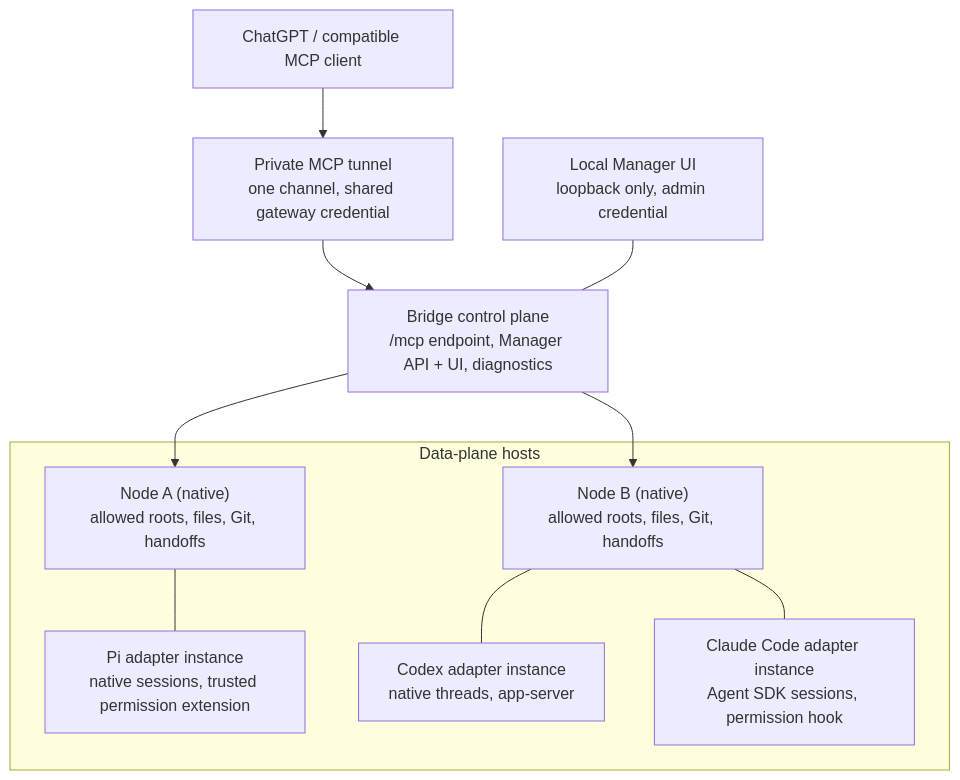
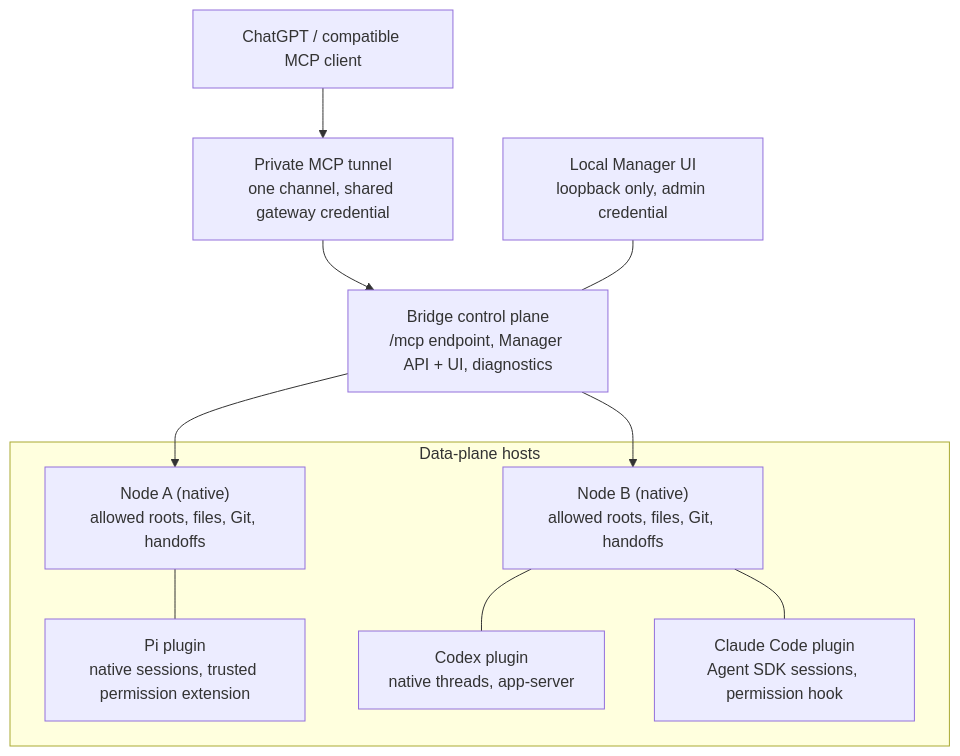
One commit to sheldonxxxx/workspace-bridge changed the first of 5 diagrams in docs/ARCHITECTURE.md. Above: the diagram before and after it, drawn with Mermaid. The commit also changed other lines of this file and 66 other files, not shown here.

````diff
--- a/docs/ARCHITECTURE.md
+++ b/docs/ARCHITECTURE.md
@@ -11,21 +11,21 @@
 ```mermaid
 flowchart TB
     Client["ChatGPT / compatible MCP client"]
     Tunnel["Private MCP tunnel<br/>one channel, shared gateway credential"]
     Bridge["Bridge control plane<br/>/mcp endpoint, Manager API + UI, diagnostics"]
     Manager["Local Manager UI<br/>loopback only, admin credential"]
     NodeA["Node A (native)<br/>allowed roots, files, Git, handoffs"]
     NodeB["Node B (native)<br/>allowed roots, files, Git, handoffs"]
-    Pi["Pi adapter instance<br/>native sessions, trusted permission extension"]
-    Codex["Codex adapter instance<br/>native threads, app-server"]
-    Claude["Claude Code adapter instance<br/>Agent SDK sessions, permission hook"]
+    Pi["Pi plugin<br/>native sessions, trusted permission extension"]
+    Codex["Codex plugin<br/>native threads, app-server"]
+    Claude["Claude Code plugin<br/>Agent SDK sessions, permission hook"]
     subgraph Hosts["Data-plane hosts"]
         NodeA --- Pi
         NodeB --- Codex
         NodeB --- Claude
     end
     Client --> Tunnel --> Bridge
     Bridge --> NodeA
     Bridge --> NodeB
     Manager --- Bridge
 ```
````
